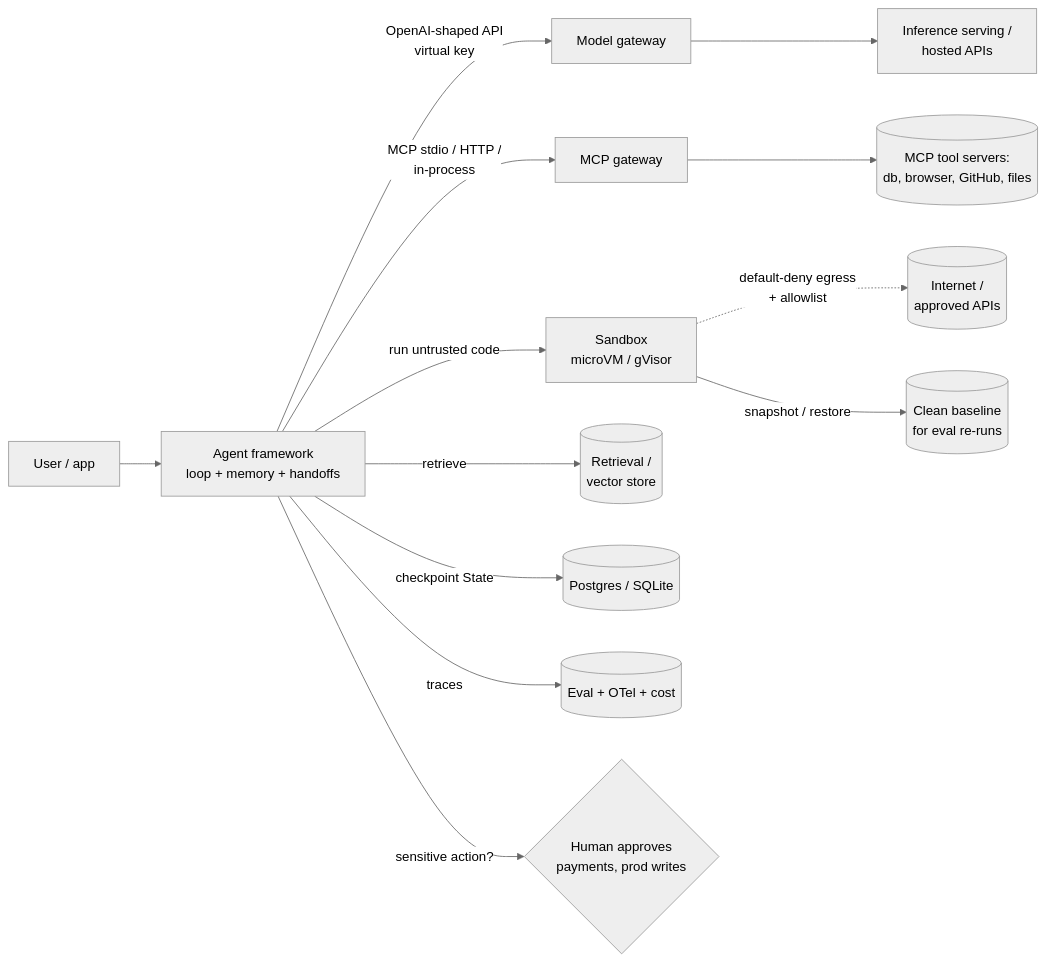
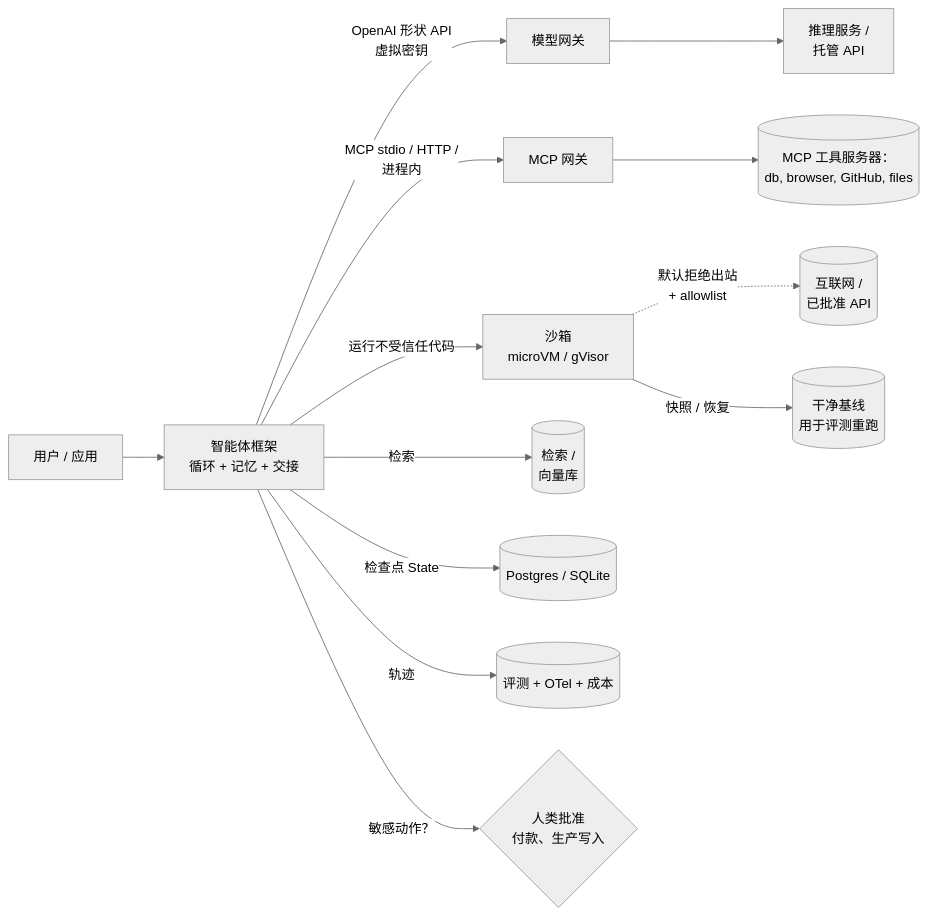
One commit to latere-ai/ai-as-an-infrastructure changed the diagram in zh/practice/05-agents-and-sandboxes.qmd. Above: the diagram before and after it, drawn with Mermaid (neutral theme). The commit also changed 273 other files, not shown here.

Commit message:
docs: localize Chinese diagrams

````diff
--- a/zh/practice/05-agents-and-sandboxes.qmd
+++ b/zh/practice/05-agents-and-sandboxes.qmd
@@ -199,17 +199,17 @@
 ```{mermaid}
 %%| label: fig-agent-runtime
 %%| fig-cap: "生产智能体运行时。框架不持有提供方密钥、也不持有原始凭据；模型访问、工具访问、计算访问各自经一个受治理的接缝伸进来。"
 flowchart LR
-  user["User / app"] --> agent["Agent framework<br/>loop + memory + handoffs"]
-  agent -->|"OpenAI-shaped API<br/>virtual key"| gw["Model gateway"]
-  gw --> serve["Inference serving /<br/>hosted APIs"]
-  agent -->|"MCP stdio / HTTP /<br/>in-process"| mcpgw["MCP gateway"]
-  mcpgw --> tools[("MCP tool servers:<br/>db, browser, GitHub, files")]
-  agent -->|"run untrusted code"| sb["Sandbox<br/>microVM / gVisor"]
-  sb -. "default-deny egress<br/>+ allowlist" .-> net[("Internet /<br/>approved APIs")]
-  sb -->|"snapshot / restore"| snap[("Clean baseline<br/>for eval re-runs")]
-  agent -->|"retrieve"| rag[("Retrieval /<br/>vector store")]
-  agent -->|"checkpoint State"| ckpt[("Postgres / SQLite")]
-  agent -->|"traces"| obs[("Eval + OTel + cost")]
-  agent -->|"sensitive action?"| human{"Human approves<br/>payments, prod writes"}
+  user["用户 / 应用"] --> agent["智能体框架<br/>循环 + 记忆 + 交接"]
+  agent -->|"OpenAI 形状 API<br/>虚拟密钥"| gw["模型网关"]
+  gw --> serve["推理服务 /<br/>托管 API"]
+  agent -->|"MCP stdio / HTTP /<br/>进程内"| mcpgw["MCP 网关"]
+  mcpgw --> tools[("MCP 工具服务器：<br/>db, browser, GitHub, files")]
+  agent -->|"运行不受信任代码"| sb["沙箱<br/>microVM / gVisor"]
+  sb -. "默认拒绝出站<br/>+ allowlist" .-> net[("互联网 /<br/>已批准 API")]
+  sb -->|"快照 / 恢复"| snap[("干净基线<br/>用于评测重跑")]
+  agent -->|"检索"| rag[("检索 /<br/>向量库")]
+  agent -->|"检查点 State"| ckpt[("Postgres / SQLite")]
+  agent -->|"轨迹"| obs[("评测 + OTel + 成本")]
+  agent -->|"敏感动作？"| human{"人类批准<br/>付款、生产写入"}
 ```
````
